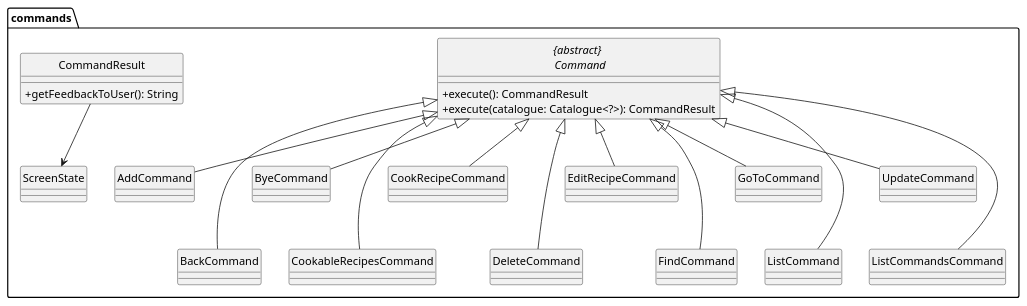
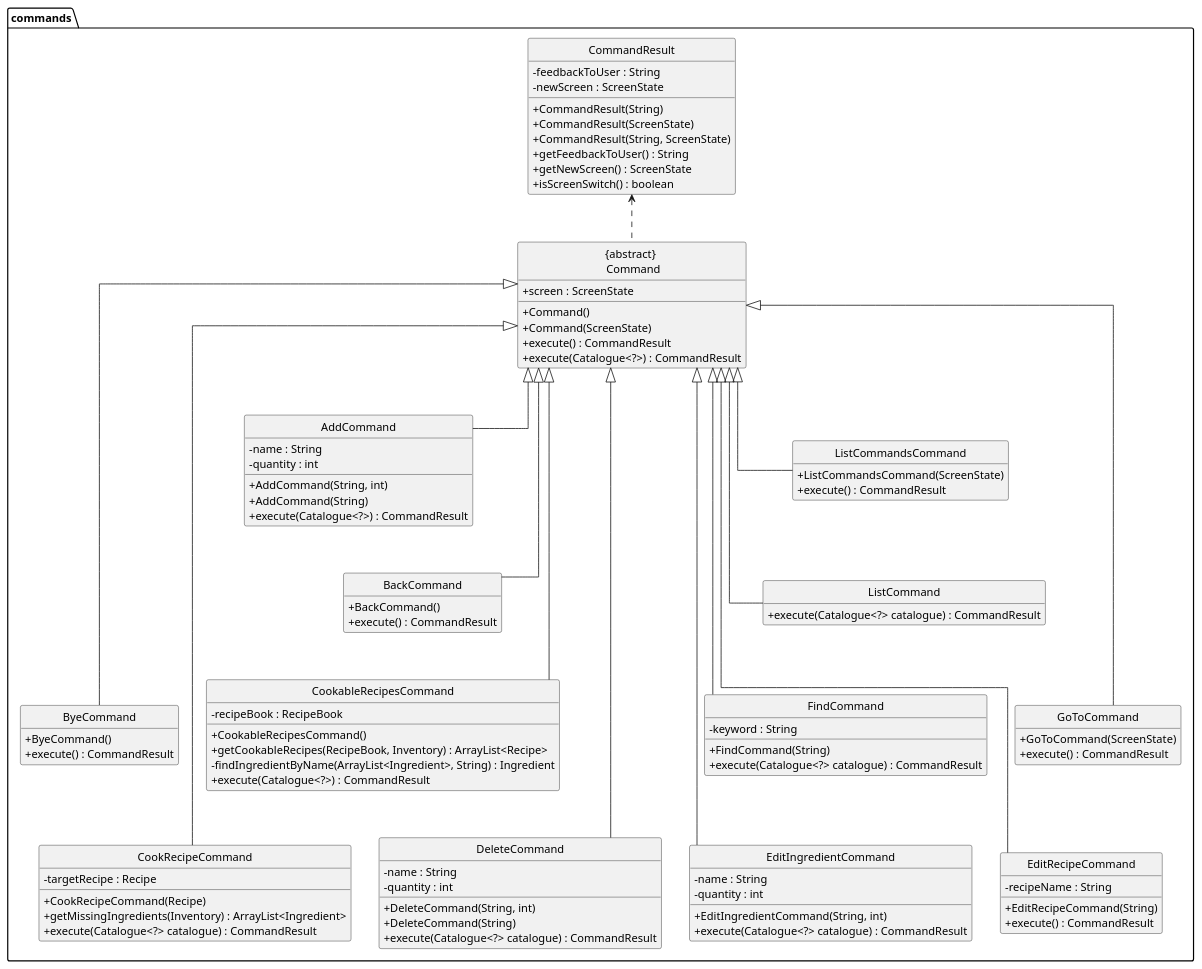
Before and after one commit to ChingWhee/tp: the diagram in docs/diagrams/logic.puml, drawn with PlantUML. The commit also changed 2 other files, not shown here.

```diff
--- a/docs/diagrams/logic.puml
+++ b/docs/diagrams/logic.puml
@@ -1,47 +1,116 @@
 @startuml
 hide circle
+hide empty members
 skinparam classAttributeIconSize 0
+skinparam linetype polyline
+skinparam linetype ortho
 
-package "commands" {
-    abstract class "{abstract} \n Command" {
-        + execute(): CommandResult
-        + execute(catalogue: Catalogue<?>): CommandResult
+package commands {
+    class "{abstract} \n Command" as Command {
+        + screen : ScreenState
+        + Command()
+        + Command(ScreenState)
+        + execute() : CommandResult
+        + execute(Catalogue<?>) : CommandResult
     }
 
-    class AddCommand
-    class BackCommand
-    class ByeCommand
-    class CookableRecipesCommand
-    class CookRecipeCommand
-    class DeleteCommand
-    class EditRecipeCommand
-    class FindCommand
-    class GoToCommand
-    class ListCommand
-    class UpdateCommand
-    class ListCommandsCommand
+    class AddCommand {
+        - name : String
+        - quantity : int
+        + AddCommand(String, int)
+        + AddCommand(String)
+        + execute(Catalogue<?>) : CommandResult
+    }
 
-    "{abstract} \n Command" <|-- AddCommand
-    "{abstract} \n Command" <|--- BackCommand
-    "{abstract} \n Command" <|-- ByeCommand
-    "{abstract} \n Command" <|--- CookableRecipesCommand
-    "{abstract} \n Command" <|-- CookRecipeCommand
-    "{abstract} \n Command" <|--- DeleteCommand
-    "{abstract} \n Command" <|-- EditRecipeCommand
-    "{abstract} \n Command" <|--- FindCommand
-    "{abstract} \n Command" <|-- GoToCommand
-    "{abstract} \n Command" <|--- ListCommand
-    "{abstract} \n Command" <|-- UpdateCommand
-    "{abstract} \n Command" <|--- ListCommandsCommand
+    class BackCommand {
+        + BackCommand()
+        + execute() : CommandResult
+    }
+
+    class ByeCommand {
+        + ByeCommand()
+        + execute() : CommandResult
+    }
 
     class CommandResult {
-        + getFeedbackToUser(): String
+        - feedbackToUser : String
+        - newScreen : ScreenState
+        + CommandResult(String)
+        + CommandResult(ScreenState)
+        + CommandResult(String, ScreenState)
+        + getFeedbackToUser() : String
+        + getNewScreen() : ScreenState
+        + isScreenSwitch() : boolean
     }
 
-    class ScreenState
-    CommandResult --> ScreenState
+    class CookableRecipesCommand {
+        - recipeBook : RecipeBook
+        + CookableRecipesCommand()
+        + getCookableRecipes(RecipeBook, Inventory) : ArrayList<Recipe>
+        - findIngredientByName(ArrayList<Ingredient>, String) : Ingredient
+        + execute(Catalogue<?>) : CommandResult
+    }
+
+    class CookRecipeCommand {
+        - targetRecipe : Recipe
+        + CookRecipeCommand(Recipe)
+        + getMissingIngredients(Inventory) : ArrayList<Ingredient>
+        + execute(Catalogue<?> catalogue) : CommandResult
+    }
+
+    class DeleteCommand {
+        - name : String
+        - quantity : int
+        + DeleteCommand(String, int)
+        + DeleteCommand(String)
+        + execute(Catalogue<?> catalogue) : CommandResult
+    }
+
+    class EditIngredientCommand {
+        - name : String
+        - quantity : int
+        + EditIngredientCommand(String, int)
+        + execute(Catalogue<?> catalogue) : CommandResult
+    }
+
+    class EditRecipeCommand {
+        - recipeName : String
+        + EditRecipeCommand(String)
+        + execute() : CommandResult
+    }
+
+    class FindCommand {
+        - keyword : String
+        + FindCommand(String)
+        + execute(Catalogue<?> catalogue) : CommandResult
+    }
+
+    class GoToCommand {
+        + GoToCommand(ScreenState)
+        + execute() : CommandResult
+    }
+
+    class ListCommand {
+        + execute(Catalogue<?> catalogue) : CommandResult
+    }
+
+    class ListCommandsCommand {
+        + ListCommandsCommand(ScreenState)
+        + execute() : CommandResult
+    }
 }
 
-
-
+Command <|-- AddCommand
+Command <|--- BackCommand
+Command <|---- ByeCommand
+Command <|---- CookableRecipesCommand
+Command <|----- CookRecipeCommand
+Command <|----- DeleteCommand
+Command <|----- EditIngredientCommand
+Command <|----- EditRecipeCommand
+Command <|---- FindCommand
+Command <|---- GoToCommand
+Command <|--- ListCommand
+Command <|-- ListCommandsCommand
+CommandResult <.. Command
 @enduml
```
